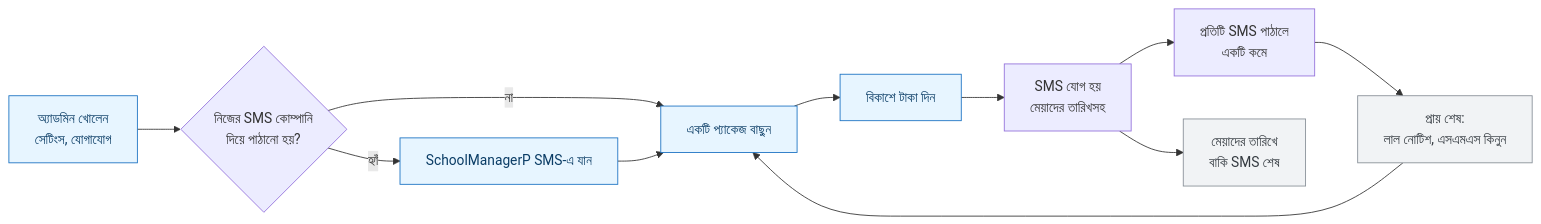
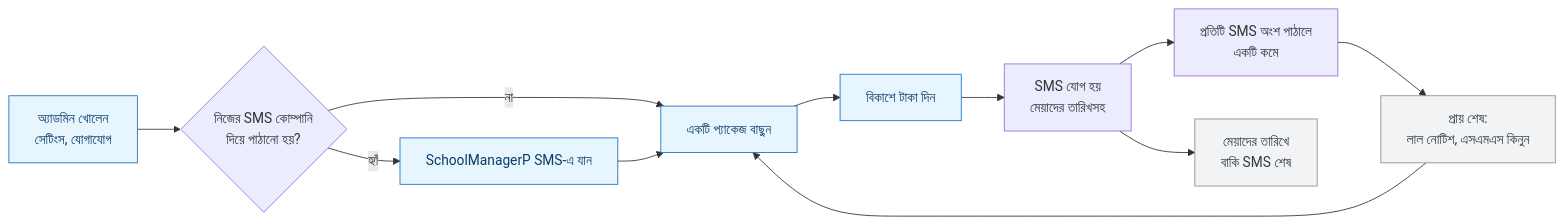
Before and after one commit to tareq89/biddaloy: the diagram in docs/user-guide/_diagrams/administration-sms-packages-overview.bn.mmd, drawn with Mermaid. The commit also changed 15 other files, not shown here.

```diff
--- a/docs/user-guide/_diagrams/administration-sms-packages-overview.bn.mmd
+++ b/docs/user-guide/_diagrams/administration-sms-packages-overview.bn.mmd
@@ -1,15 +1,15 @@
 %% title: স্কুল কীভাবে SMS কেনে
-%% desc: স্কুলের অ্যাডমিন সেটিংস, যোগাযোগ খুলে দেখেন কয়টি SMS বাকি আর কবে মেয়াদ শেষ। স্কুল নিজের SMS কোম্পানি ব্যবহার করলে আগে SchoolManagerP SMS-এ যেতে হয়। অ্যাডমিন একটি প্যাকেজ বেছে বিকাশে টাকা দেন, তখন SMS যোগ হয়। প্রতিটি SMS পাঠালে একটি করে কমে। মেয়াদ শেষে বাকি SMS চলে যায়। SMS প্রায় শেষ হলে লাল নোটিশ অ্যাডমিনকে প্যাকেজের পাতায় নিয়ে আসে।
+%% desc: স্কুলের অ্যাডমিন সেটিংস, যোগাযোগ খুলে দেখেন কয়টি SMS বাকি আর কবে মেয়াদ শেষ। স্কুল নিজের SMS কোম্পানি ব্যবহার করলে আগে SchoolManagerP SMS-এ যেতে হয়। অ্যাডমিন একটি প্যাকেজ বেছে বিকাশে টাকা দেন, তখন SMS যোগ হয়। প্রতিটি SMS অংশ পাঠালে একটি করে কমে। মেয়াদ শেষে বাকি SMS চলে যায়। SMS প্রায় শেষ হলে লাল নোটিশ অ্যাডমিনকে প্যাকেজের পাতায় নিয়ে আসে।
 flowchart LR
   A["অ্যাডমিন খোলেন<br/>সেটিংস, যোগাযোগ"]:::admin --> O{"নিজের SMS কোম্পানি<br/>দিয়ে পাঠানো হয়?"}
   O -- হ্যাঁ --> W["SchoolManagerP SMS-এ যান"]:::admin
   O -- না --> P["একটি প্যাকেজ বাছুন"]:::admin
   W --> P
   P --> B["বিকাশে টাকা দিন"]:::admin
   B --> L["SMS যোগ হয়<br/>মেয়াদের তারিখসহ"]
-  L --> S["প্রতিটি SMS পাঠালে<br/>একটি কমে"]
+  L --> S["প্রতিটি SMS অংশ পাঠালে<br/>একটি কমে"]
   L --> X["মেয়াদের তারিখে<br/>বাকি SMS শেষ"]:::note
   S --> R["প্রায় শেষ:<br/>লাল নোটিশ, এসএমএস কিনুন"]:::note
   R --> P
   classDef admin fill:#e7f5ff,stroke:#1971c2,color:#0b3d66
   classDef note fill:#f1f3f5,stroke:#868e96,color:#343a40
```
